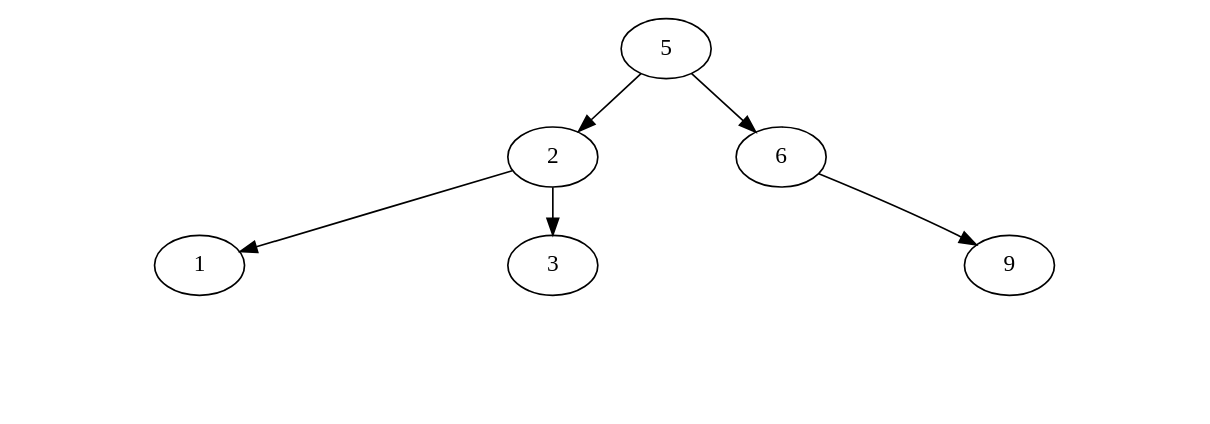
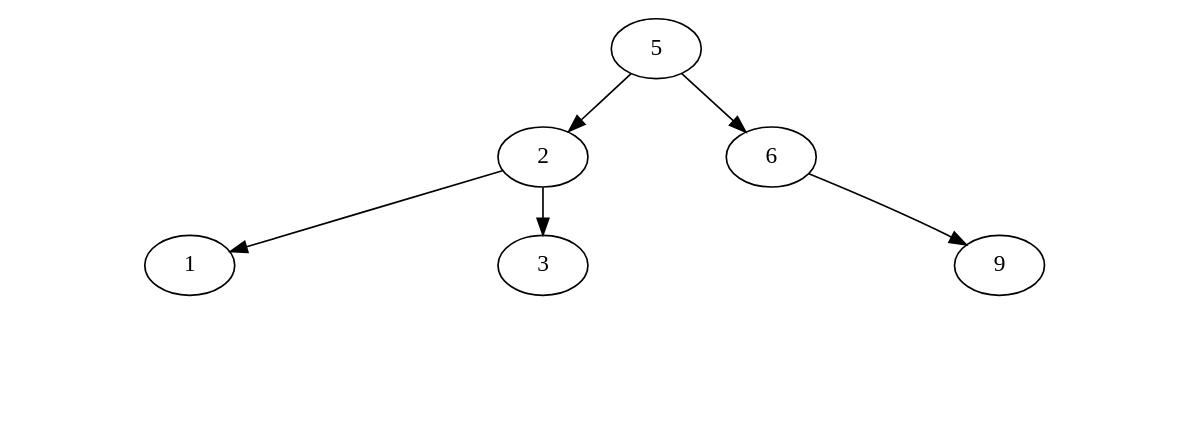
Before and after one commit to Serch-ING/EDD_UDRAWING_202000119: the diagram in FASE 2/Grafico/3000_ArbolImagenes.dot, drawn with Graphviz. The commit also changed 9 other files, not shown here.

```diff
--- a/FASE 2/Grafico/3000_ArbolImagenes.dot
+++ b/FASE 2/Grafico/3000_ArbolImagenes.dot
@@ -1,23 +1,23 @@
 digraph G {
 nodesep=0; 
 ranksep=0.4;
 5-> 2
 2-> 1
-Invisible1709270268[style=invis];
-1-> Invisible1709270268[arrowsize=0 style= invisible] 
-Invisible1709270268[style=invis];
-1-> Invisible1709270268[arrowsize=0 style= invisible] 
+Invisible141392879[style=invis];
+1-> Invisible141392879[arrowsize=0 style= invisible] 
+Invisible141392879[style=invis];
+1-> Invisible141392879[arrowsize=0 style= invisible] 
 2-> 3
-Invisible937799575[style=invis];
-3-> Invisible937799575[arrowsize=0 style= invisible] 
-Invisible937799575[style=invis];
-3-> Invisible937799575[arrowsize=0 style= invisible] 
+Invisible1623196801[style=invis];
+3-> Invisible1623196801[arrowsize=0 style= invisible] 
+Invisible1623196801[style=invis];
+3-> Invisible1623196801[arrowsize=0 style= invisible] 
 5-> 6
-Invisible1948975926[style=invis];
-6-> Invisible1948975926[arrowsize=0 style= invisible] 
+Invisible1034000709[style=invis];
+6-> Invisible1034000709[arrowsize=0 style= invisible] 
 6-> 9
-Invisible1467308752[style=invis];
-9-> Invisible1467308752[arrowsize=0 style= invisible] 
-Invisible1467308752[style=invis];
-9-> Invisible1467308752[arrowsize=0 style= invisible] 
+Invisible2096839685[style=invis];
+9-> Invisible2096839685[arrowsize=0 style= invisible] 
+Invisible2096839685[style=invis];
+9-> Invisible2096839685[arrowsize=0 style= invisible] 
 }
```
